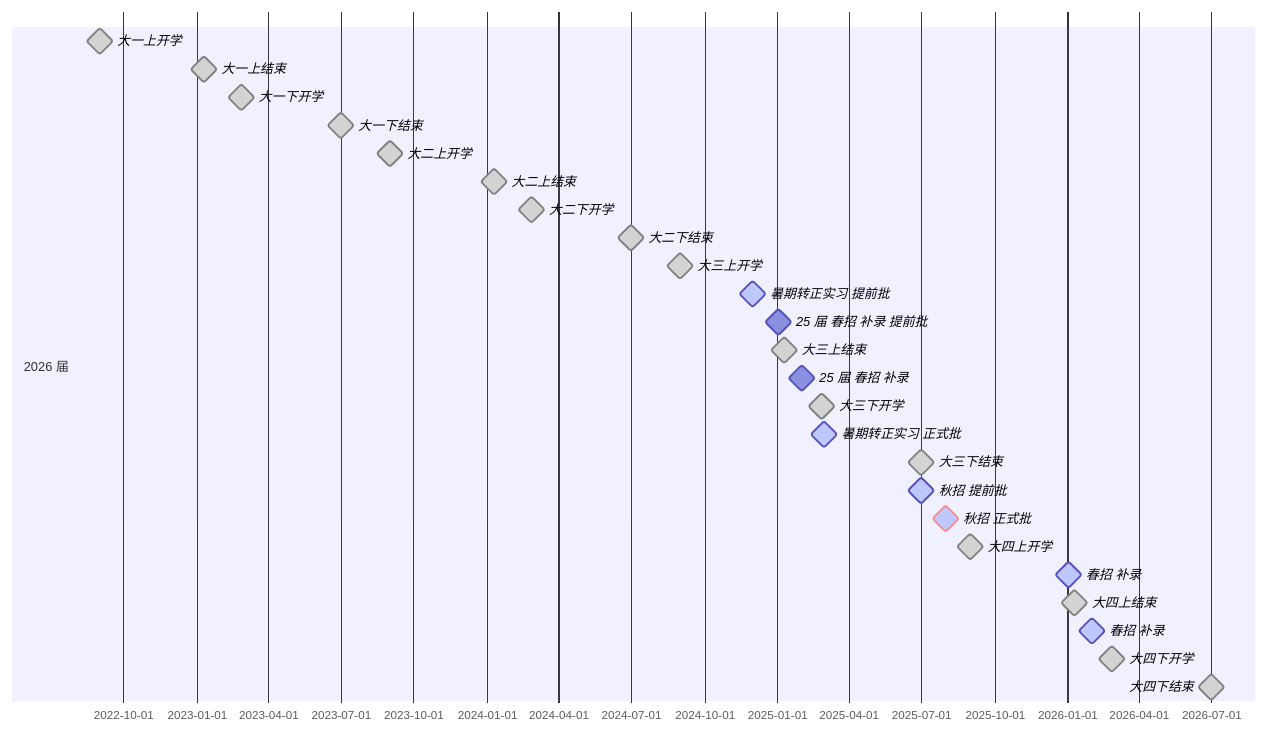
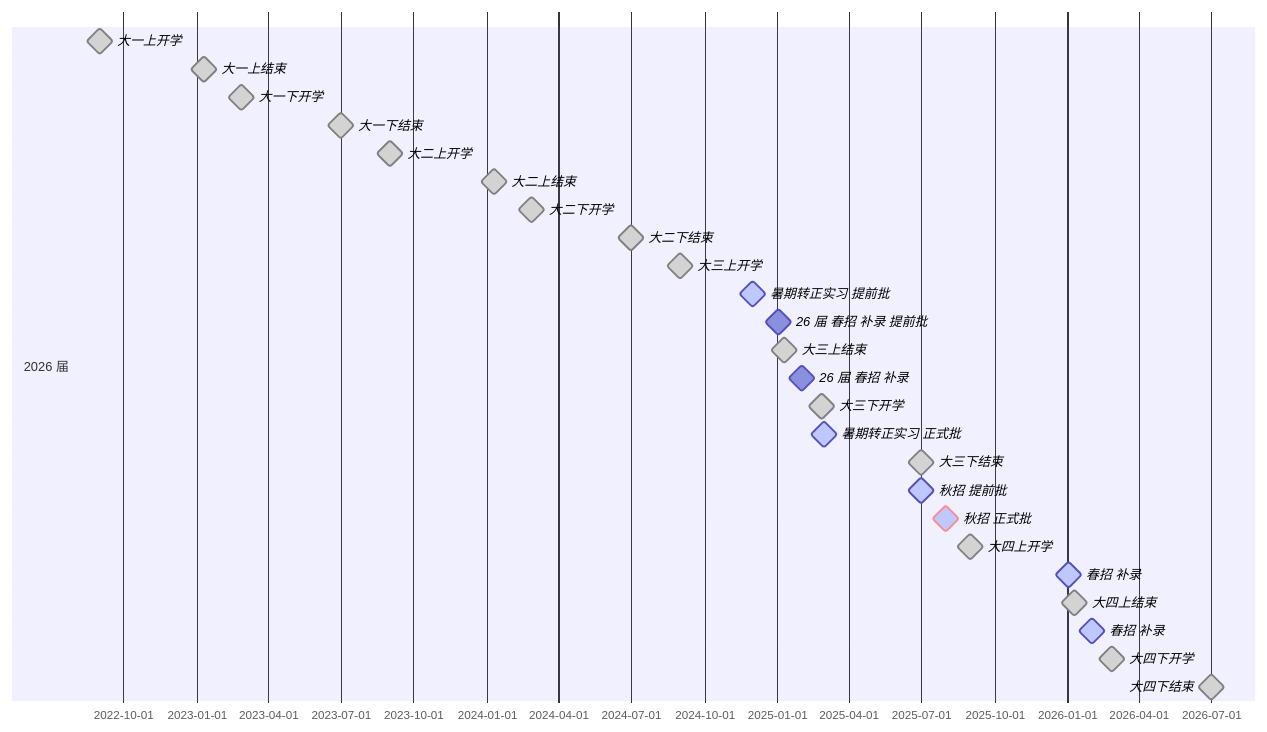
Before and after one commit to eric-gitta-moore/public-diary: the third of 5 diagrams in 专题/【长线】实时关注招聘.md, drawn with Mermaid. The commit also changed other lines of this file, not shown here.

````diff
--- a/专题/【长线】实时关注招聘.md
+++ b/专题/【长线】实时关注招聘.md
@@ -280,50 +280,50 @@
 ```mermaid
 gantt
     dateFormat  YYYY-MM-DD
 
     section 2026 届
     大一上开学      :milestone, done, 2022-09-01, 0d
 
     大一上结束      :milestone, done, 2023-01-10, 0d
     大一下开学      :milestone, done, 2023-02-26, 0d
     大一下结束      :milestone, done, 2023-07-01, 0d
     大二上开学      :milestone, done, 2023-09-01, 0d
 
     大二上结束      :milestone, done, 2024-01-10, 0d
     大二下开学      :milestone, done, 2024-02-26, 0d
     大二下结束      :milestone, done, 2024-07-01, 0d
     大三上开学      :milestone, done, 2024-09-01, 0d
 
     %% 招聘
     暑期转正实习 提前批 :milestone, active, 2024-12-01, 0d
     %% 招聘
 
     %% 招聘
-    25 届 春招 补录 提前批    :milestone, 2025-01-02, 0d
+    26 届 春招 补录 提前批    :milestone, 2025-01-02, 0d
     %% 招聘
     大三上结束      :milestone, done, 2025-01-10, 0d
-    25 届 春招 补录    :milestone, 2025-02-01, 0d
+    26 届 春招 补录    :milestone, 2025-02-01, 0d
     %% 招聘
     大三下开学      :milestone, done, 2025-02-26, 0d
     %% 招聘
     暑期转正实习 正式批 :milestone, active, 2025-03-01, 0d
     %% 招聘
     大三下结束      :milestone, done, 2025-07-01, 0d
     %% 招聘
     秋招 提前批     :milestone, active, 2025-07-01, 0d
     秋招 正式批     :milestone, active, crit, 2025-08-01, 0d
     %% 招聘
     大四上开学      :milestone, done, 2025-09-01, 0d
 
     %% 招聘
     春招 补录       :milestone, active, 2026-01-02, 0d
     %% 招聘
     大四上结束      :milestone, done, 2026-01-10, 0d
     %% 招聘
     春招 补录       :milestone, active, 2026-02-01, 0d
     %% 招聘
     大四下开学      :milestone, done, 2026-02-26, 0d
     大四下结束      :milestone, done, 2026-07-01, 0d
 
     %% 其他
 ```
````
